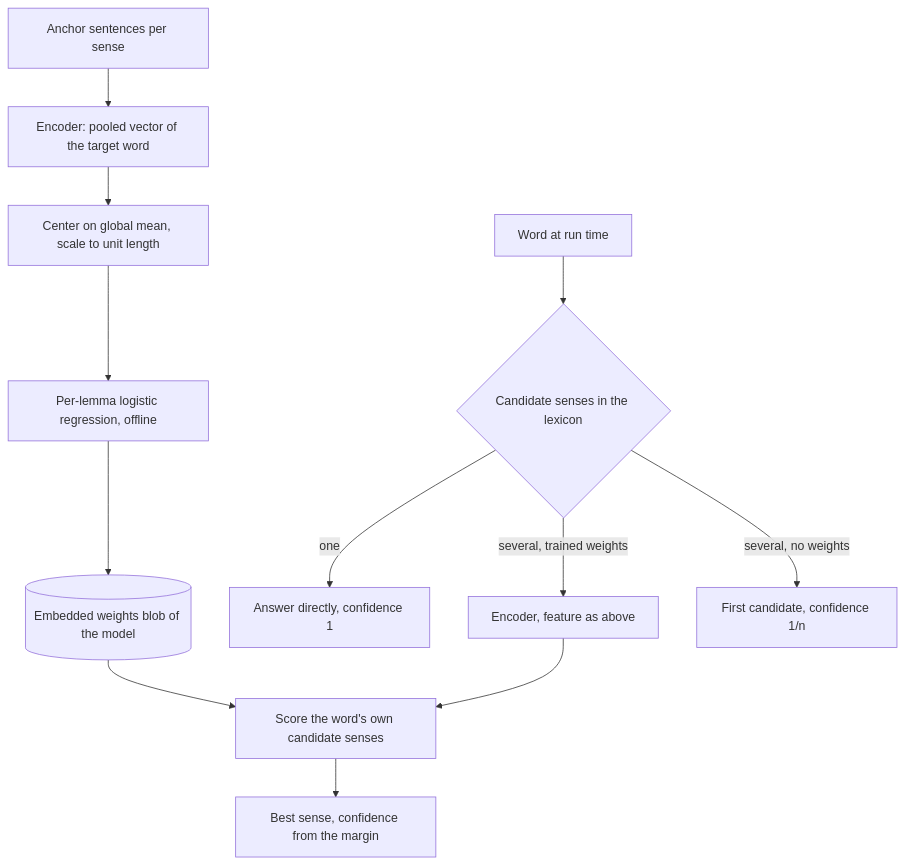
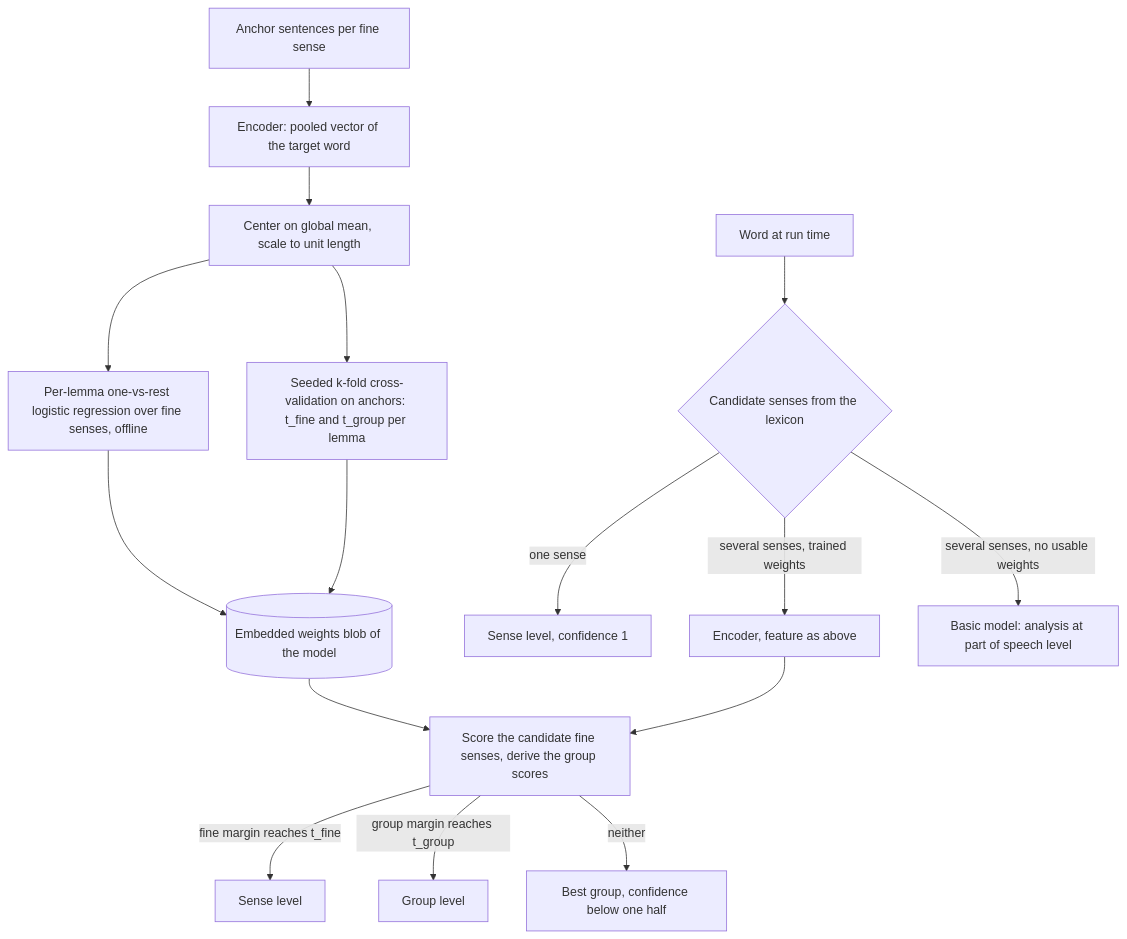
The diagram in docs/design/word-sense/onnx.md (demaconsulting/WordSense), drawn with Mermaid before and after one commit. The commit also changed other lines of this file and 97 other files, not shown here.

First line of the commit message:
Docs: fine-sense requirements, design, verification and SysML (I1)

````diff
--- a/docs/design/word-sense/onnx.md
+++ b/docs/design/word-sense/onnx.md
@@ -71,14 +92,18 @@
 ```mermaid
 flowchart TD
-    A[Anchor sentences per sense] --> B[Encoder: pooled vector of the target word]
+    A[Anchor sentences per fine sense] --> B[Encoder: pooled vector of the target word]
     B --> C[Center on global mean, scale to unit length]
-    C --> D[Per-lemma logistic regression, offline]
+    C --> D[Per-lemma one-vs-rest logistic regression over fine senses, offline]
+    C --> T[Seeded k-fold cross-validation on anchors: t_fine and t_group per lemma]
     D --> E[(Embedded weights blob of the model)]
-    W[Word at run time] --> L{Candidate senses in the lexicon}
-    L -- one --> R1[Answer directly, confidence 1]
-    L -- several, trained weights --> F[Encoder, feature as above]
+    T --> E
+    W[Word at run time] --> L{Candidate senses from the lexicon}
+    L -- one sense --> R1[Sense level, confidence 1]
+    L -- several senses, trained weights --> F[Encoder, feature as above]
     E --> G
-    F --> G[Score the word's own candidate senses]
-    G --> R2[Best sense, confidence from the margin]
-    L -- several, no weights --> R3[First candidate, confidence 1/n]
+    F --> G[Score the candidate fine senses, derive the group scores]
+    G -- fine margin reaches t_fine --> R2[Sense level]
+    G -- group margin reaches t_group --> R3[Group level]
+    G -- neither --> R4[Best group, confidence below one half]
+    L -- several senses, no usable weights --> R5[Basic model: analysis at part of speech level]
 ```
````
